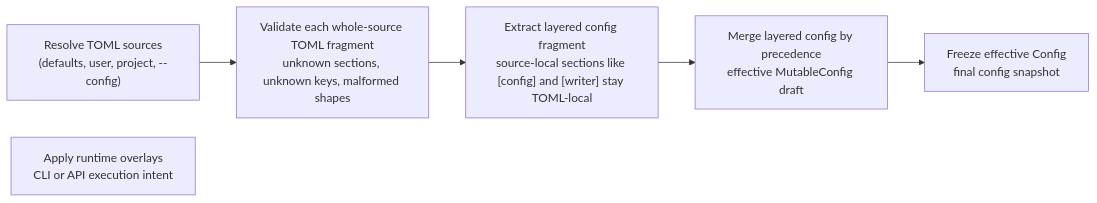
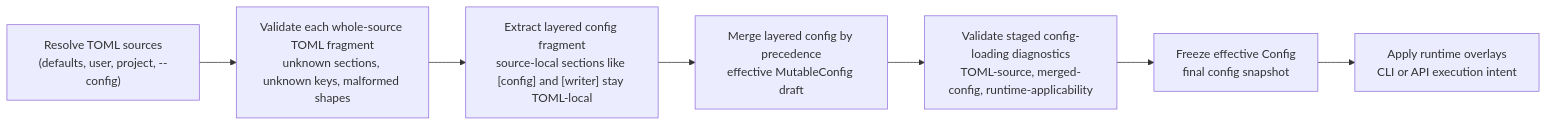
Before and after one commit to shutterfreak/topmark: the diagram in docs/configuration/index.md, drawn with Mermaid. The commit also changed other lines of this file and 17 other files, not shown here.

First line of the commit message:
docs(config, architecture, cli, api): align documentation with staged validation model

````diff
--- a/docs/configuration/index.md
+++ b/docs/configuration/index.md
@@ -49,11 +49,12 @@
 ```mermaid
 flowchart LR
     A["Resolve TOML sources<br/>(defaults, user, project, --config)"]
     B["Validate each whole-source TOML fragment<br/>unknown sections, unknown keys, malformed shapes"]
     C["Extract layered config fragment<br/>source-local sections like [config] and [writer] stay TOML-local"]
     D["Merge layered config by precedence<br/>effective MutableConfig draft"]
-    E["Freeze effective Config<br/>final config snapshot"]
-    F["Apply runtime overlays<br/>CLI or API execution intent"]
+    E["Validate staged config-loading diagnostics<br/>TOML-source, merged-config, runtime-applicability"]
+    F["Freeze effective Config<br/>final config snapshot"]
+    G["Apply runtime overlays<br/>CLI or API execution intent"]
 
-    A --> B --> C --> D --> E
+    A --> B --> C --> D --> E --> F --> G
 ```
````
